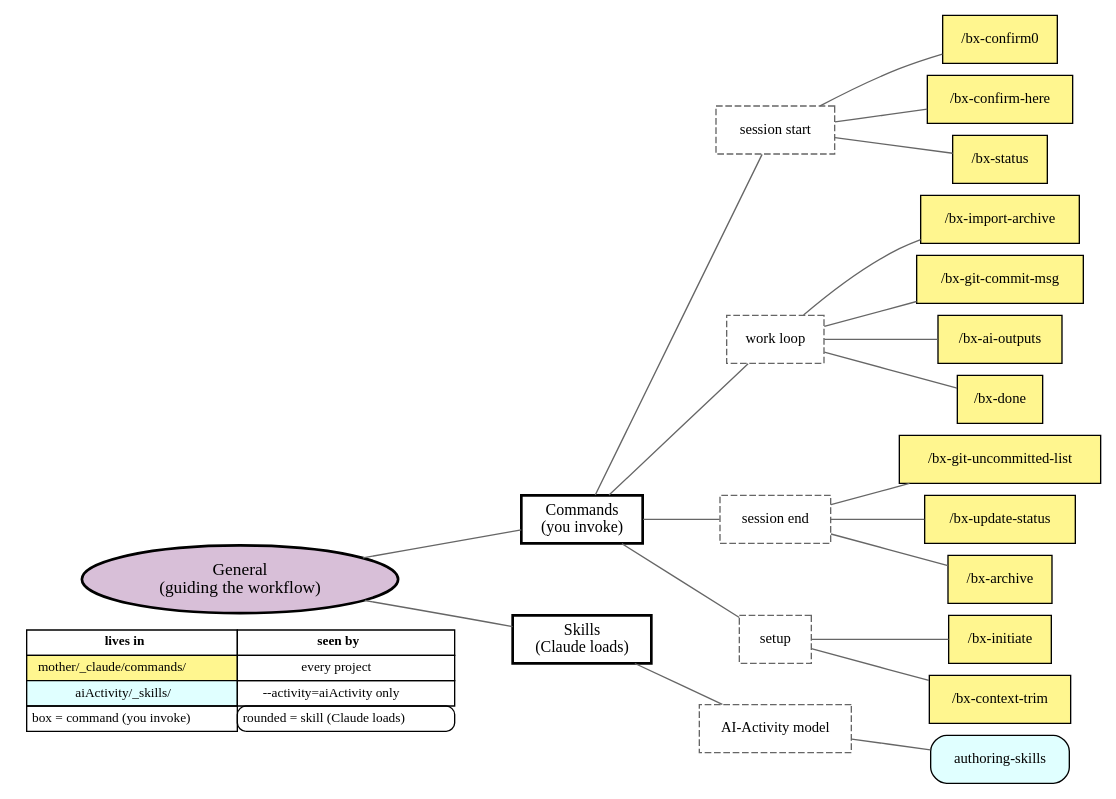
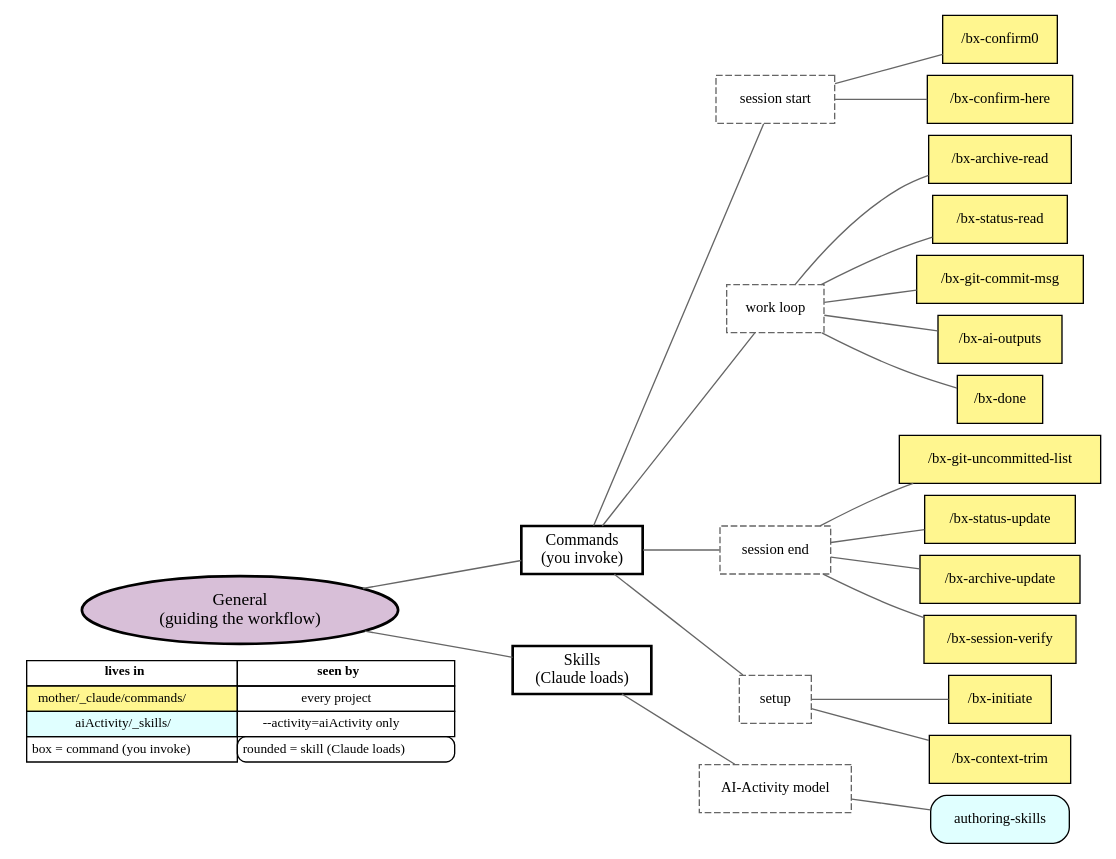
The diagram in ai-templates/_nonTemplate_/images/aiGeneralTree.gv (bisos/defaults), drawn with Graphviz before and after one commit. The commit also changed 32 other files, not shown here.

First line of the commit message:
All slash commands now follow subject-then-verb: bx-status-read / bx-status-update and bx-archive-read / bx-archive-update replace bx-status, bx-update-status, bx-import-archive and bx-archive, and the new bx-session-verify checks before closing that a session's records and commits are complete.

```diff
--- a/ai-templates/_nonTemplate_/images/aiGeneralTree.gv
+++ b/ai-templates/_nonTemplate_/images/aiGeneralTree.gv
@@ -1,54 +1,56 @@
 digraph {
 	nodesep=0.12 rankdir=LR ranksep=0.5
 	node [fontsize=11]
 	root [label="General
 (guiding the workflow)" fillcolor=thistle fontsize=13 shape=ellipse style="filled,bold"]
 	commands [label="Commands
 (you invoke)" fontsize=12 shape=box style=bold]
 	skills [label="Skills
 (Claude loads)" fontsize=12 shape=box style=bold]
 	root -> commands [arrowhead=none color=gray40]
 	root -> skills [arrowhead=none color=gray40]
 	cmdStart [label="session start" color=gray40 fontsize=11 shape=box style=dashed]
 	commands -> cmdStart [arrowhead=none color=gray40]
 	"/bx-confirm0" [label="/bx-confirm0" fillcolor=khaki1 shape=box style=filled]
 	cmdStart -> "/bx-confirm0" [arrowhead=none color=gray40]
 	"/bx-confirm-here" [label="/bx-confirm-here" fillcolor=khaki1 shape=box style=filled]
 	cmdStart -> "/bx-confirm-here" [arrowhead=none color=gray40]
-	"/bx-status" [label="/bx-status" fillcolor=khaki1 shape=box style=filled]
-	cmdStart -> "/bx-status" [arrowhead=none color=gray40]
 	cmdLoop [label="work loop" color=gray40 fontsize=11 shape=box style=dashed]
 	commands -> cmdLoop [arrowhead=none color=gray40]
-	"/bx-import-archive" [label="/bx-import-archive" fillcolor=khaki1 shape=box style=filled]
-	cmdLoop -> "/bx-import-archive" [arrowhead=none color=gray40]
+	"/bx-archive-read" [label="/bx-archive-read" fillcolor=khaki1 shape=box style=filled]
+	cmdLoop -> "/bx-archive-read" [arrowhead=none color=gray40]
+	"/bx-status-read" [label="/bx-status-read" fillcolor=khaki1 shape=box style=filled]
+	cmdLoop -> "/bx-status-read" [arrowhead=none color=gray40]
 	"/bx-git-commit-msg" [label="/bx-git-commit-msg" fillcolor=khaki1 shape=box style=filled]
 	cmdLoop -> "/bx-git-commit-msg" [arrowhead=none color=gray40]
 	"/bx-ai-outputs" [label="/bx-ai-outputs" fillcolor=khaki1 shape=box style=filled]
 	cmdLoop -> "/bx-ai-outputs" [arrowhead=none color=gray40]
 	"/bx-done" [label="/bx-done" fillcolor=khaki1 shape=box style=filled]
 	cmdLoop -> "/bx-done" [arrowhead=none color=gray40]
 	cmdEnd [label="session end" color=gray40 fontsize=11 shape=box style=dashed]
 	commands -> cmdEnd [arrowhead=none color=gray40]
 	"/bx-git-uncommitted-list" [label="/bx-git-uncommitted-list" fillcolor=khaki1 shape=box style=filled]
 	cmdEnd -> "/bx-git-uncommitted-list" [arrowhead=none color=gray40]
-	"/bx-update-status" [label="/bx-update-status" fillcolor=khaki1 shape=box style=filled]
-	cmdEnd -> "/bx-update-status" [arrowhead=none color=gray40]
-	"/bx-archive" [label="/bx-archive" fillcolor=khaki1 shape=box style=filled]
-	cmdEnd -> "/bx-archive" [arrowhead=none color=gray40]
+	"/bx-status-update" [label="/bx-status-update" fillcolor=khaki1 shape=box style=filled]
+	cmdEnd -> "/bx-status-update" [arrowhead=none color=gray40]
+	"/bx-archive-update" [label="/bx-archive-update" fillcolor=khaki1 shape=box style=filled]
+	cmdEnd -> "/bx-archive-update" [arrowhead=none color=gray40]
+	"/bx-session-verify" [label="/bx-session-verify" fillcolor=khaki1 shape=box style=filled]
+	cmdEnd -> "/bx-session-verify" [arrowhead=none color=gray40]
 	cmdSetup [label=setup color=gray40 fontsize=11 shape=box style=dashed]
 	commands -> cmdSetup [arrowhead=none color=gray40]
 	"/bx-initiate" [label="/bx-initiate" fillcolor=khaki1 shape=box style=filled]
 	cmdSetup -> "/bx-initiate" [arrowhead=none color=gray40]
 	"/bx-context-trim" [label="/bx-context-trim" fillcolor=khaki1 shape=box style=filled]
 	cmdSetup -> "/bx-context-trim" [arrowhead=none color=gray40]
 	skAiActivity [label="AI-Activity model" color=gray40 fontsize=11 shape=box style=dashed]
 	skills -> skAiActivity [arrowhead=none color=gray40]
 	"authoring-skills" [label="authoring-skills" fillcolor=lightcyan shape=box style="filled,rounded"]
 	skAiActivity -> "authoring-skills" [arrowhead=none color=gray40]
 	{
 		rank=same
 		root
 		legend [label=<<TABLE BORDER="0" CELLBORDER="1" CELLSPACING="0" CELLPADDING="3"><TR><TD><B>lives in</B></TD><TD><B>seen by</B></TD></TR><TR><TD BGCOLOR="khaki1">mother/_claude/commands/</TD><TD>every project</TD></TR><TR><TD BGCOLOR="lightcyan">aiActivity/_skills/</TD><TD>--activity=aiActivity only</TD></TR><TR><TD>box = command (you invoke)</TD><TD STYLE="rounded">rounded = skill (Claude loads)</TD></TR></TABLE>> fontsize=10 shape=plaintext]
 	}
 	root -> legend [style=invis]
 }
```
